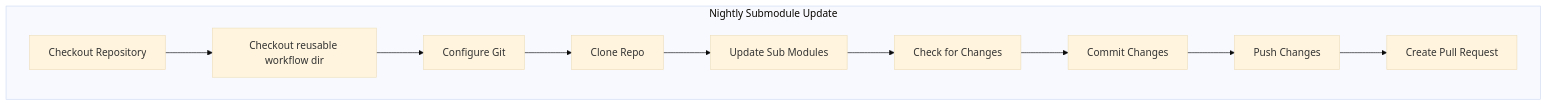
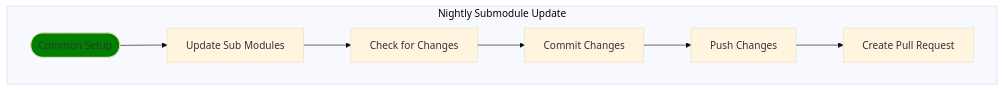
The fourth of 6 diagrams in README.md (postindustria-tech/common-ci), drawn with Mermaid (base theme) before and after one commit. The commit also changed other lines of this file, not shown here.

Commit message:
DOC: Simplified flowcharts a little

````diff
--- a/README.md
+++ b/README.md
@@ -153,17 +160,15 @@
 ``` mermaid
   graph LR
+  classDef green fill:green;
   subgraph "Nightly Submodule Update"
     direction LR
-    A[Checkout Repository]
-    B[Checkout reusable workflow dir]
-    C[Configure Git]
-    D[Clone Repo]
-    E[Update Sub Modules]
-    F[Check for Changes]
-    G[Commit Changes]
-    H[Push Changes]
-    I[Create Pull Request]
-    A-->B-->C-->D-->E-->F-->G-->H-->I
+    A([Common Setup]):::green
+    B[Update Sub Modules]
+    C[Check for Changes]
+    D[Commit Changes]
+    E[Push Changes]
+    F[Create Pull Request]
+    A-->B-->C-->D-->E-->F
   end
   
 ```
````
